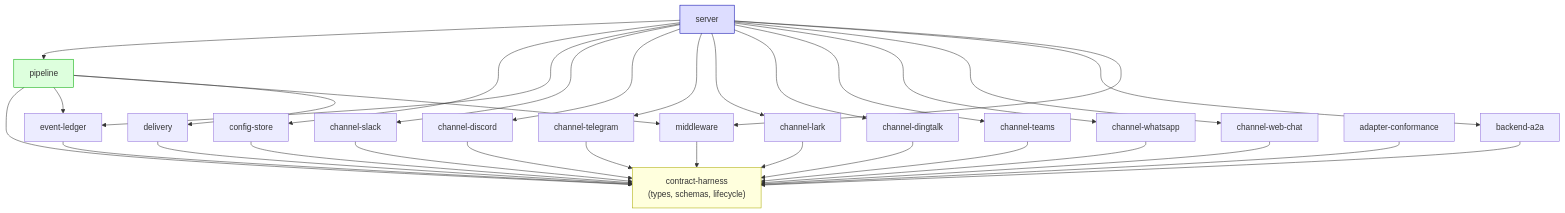
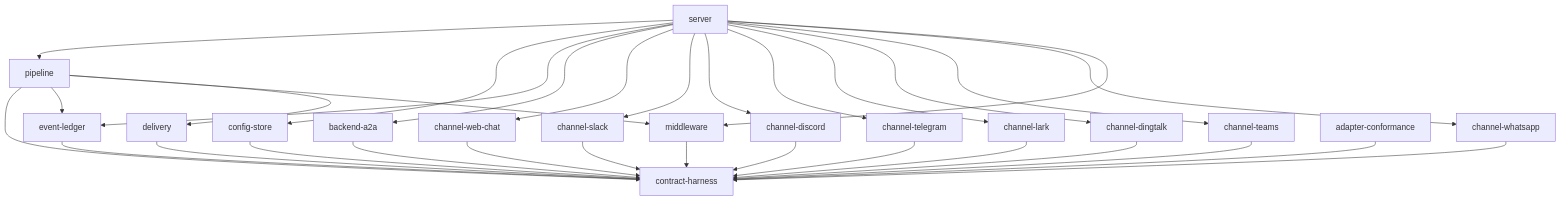
Before and after one commit to ChatAgentRelay/ChatAgentRelay: the third of 4 diagrams in docs/architecture.md, drawn with Mermaid. The commit also changed other lines of this file and 30 other files, not shown here.

First line of the commit message:
docs: align relay positioning and architecture specs

````diff
--- a/docs/architecture.md
+++ b/docs/architecture.md
@@ -389,28 +223,39 @@
 ```mermaid
 graph TD
-  CH["contract-harness\n(types, schemas, lifecycle)"]
+  CH["contract-harness"]
 
   EL["event-ledger"] --> CH
   MW["middleware"] --> CH
   DEL["delivery"] --> CH
-  BA2A["backend-a2a"] --> CH
-  CWC["channel-web-chat"] --> CH
-  CS["channel-slack"] --> CH
-  CD["channel-discord"] --> CH
-  CT["channel-telegram"] --> CH
-  CL["channel-lark"] --> CH
-  CDT["channel-dingtalk"] --> CH
-  CTM["channel-teams"] --> CH
-  CWA["channel-whatsapp"] --> CH
+  A2A["backend-a2a"] --> CH
+  WC["channel-web-chat"] --> CH
+  SL["channel-slack"] --> CH
+  DC["channel-discord"] --> CH
+  TG["channel-telegram"] --> CH
+  LK["channel-lark"] --> CH
+  DD["channel-dingtalk"] --> CH
+  TM["channel-teams"] --> CH
+  WA["channel-whatsapp"] --> CH
   CFG["config-store"] --> CH
 
-  PL["pipeline"] --> CH & EL & MW & DEL
+  PL["pipeline"] --> CH
+  PL --> EL
+  PL --> MW
+  PL --> DEL
 
-  SR["server"] --> PL & CFG & EL & CS & CD & CT & CL & CDT & CTM & CWA & CWC & BA2A & MW
+  SRV["server"] --> PL
+  SRV --> CFG
+  SRV --> EL
+  SRV --> A2A
+  SRV --> WC
+  SRV --> SL
+  SRV --> DC
+  SRV --> TG
+  SRV --> LK
+  SRV --> DD
+  SRV --> TM
+  SRV --> WA
+  SRV --> MW
 
-  AC["adapter-conformance"] --> CH
-
-  style CH fill:#ffd,stroke:#aa0
-  style SR fill:#ddf,stroke:#00a
-  style PL fill:#dfd,stroke:#0a0
+  CONF["adapter-conformance"] --> CH
 ```
````
